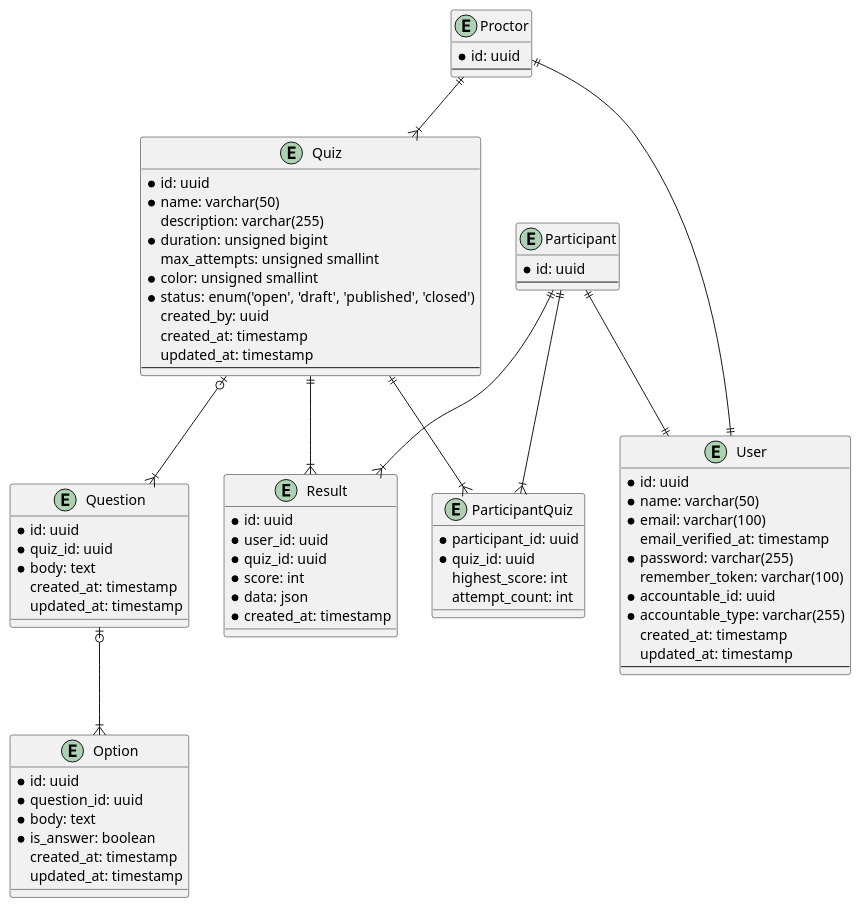
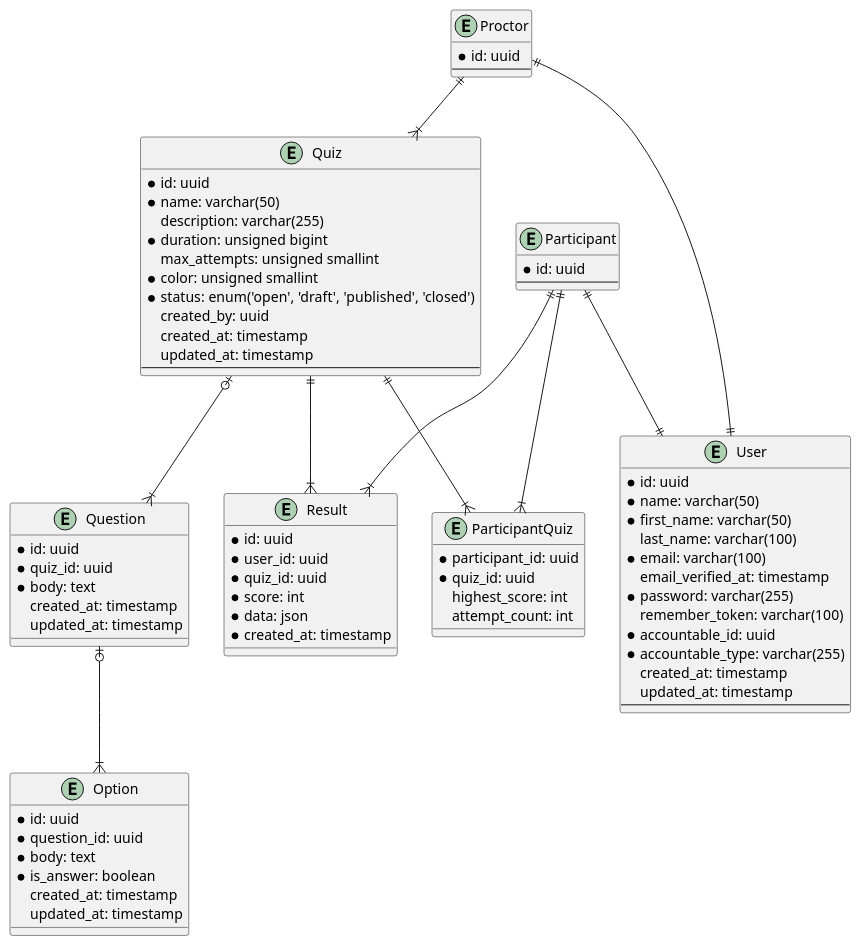
Before and after one commit to stackpan/simpliz: the diagram in docs/database.puml, drawn with PlantUML. The commit also changed 22 other files, not shown here.

```diff
--- a/docs/database.puml
+++ b/docs/database.puml
@@ -1,84 +1,86 @@
 @startuml
 
 entity User {
     * id: uuid
     * name: varchar(50)
+    * first_name: varchar(50)
+    last_name: varchar(100)
     * email: varchar(100)
     email_verified_at: timestamp
     * password: varchar(255)
     remember_token: varchar(100)
     * accountable_id: uuid
     * accountable_type: varchar(255)
     created_at: timestamp
     updated_at: timestamp
     --
 }
 
 entity Participant {
     * id: uuid
     --
 }
 
 entity Proctor {
     * id: uuid
     --
 }
 
 entity Quiz {
     * id: uuid
     * name: varchar(50)
     description: varchar(255)
     * duration: unsigned bigint
     max_attempts: unsigned smallint
     * color: unsigned smallint
     * status: enum('open', 'draft', 'published', 'closed')
     created_by: uuid
     created_at: timestamp
     updated_at: timestamp
     --
 }
 
 entity Question {
     * id: uuid
     * quiz_id: uuid
     * body: text
     created_at: timestamp
     updated_at: timestamp
 }
 
 entity Option {
     * id: uuid
     * question_id: uuid
     * body: text
     * is_answer: boolean
     created_at: timestamp
     updated_at: timestamp
 }
 
 entity ParticipantQuiz {
     * participant_id: uuid
     * quiz_id: uuid
     highest_score: int
     attempt_count: int
 }
 
 entity Result {
     * id: uuid
     * user_id: uuid
     * quiz_id: uuid
     * score: int
     * data: json
     * created_at: timestamp
 }
 
 Quiz |o--|{ Question
 Question |o--|{ Option
 Participant ||--|| User
 Proctor ||--|| User
 Quiz ||--|{ ParticipantQuiz
 Participant ||--|{ ParticipantQuiz
 Proctor ||--|{ Quiz
 Participant ||--|{ Result
 Quiz ||--|{ Result
 
 @enduml
```
